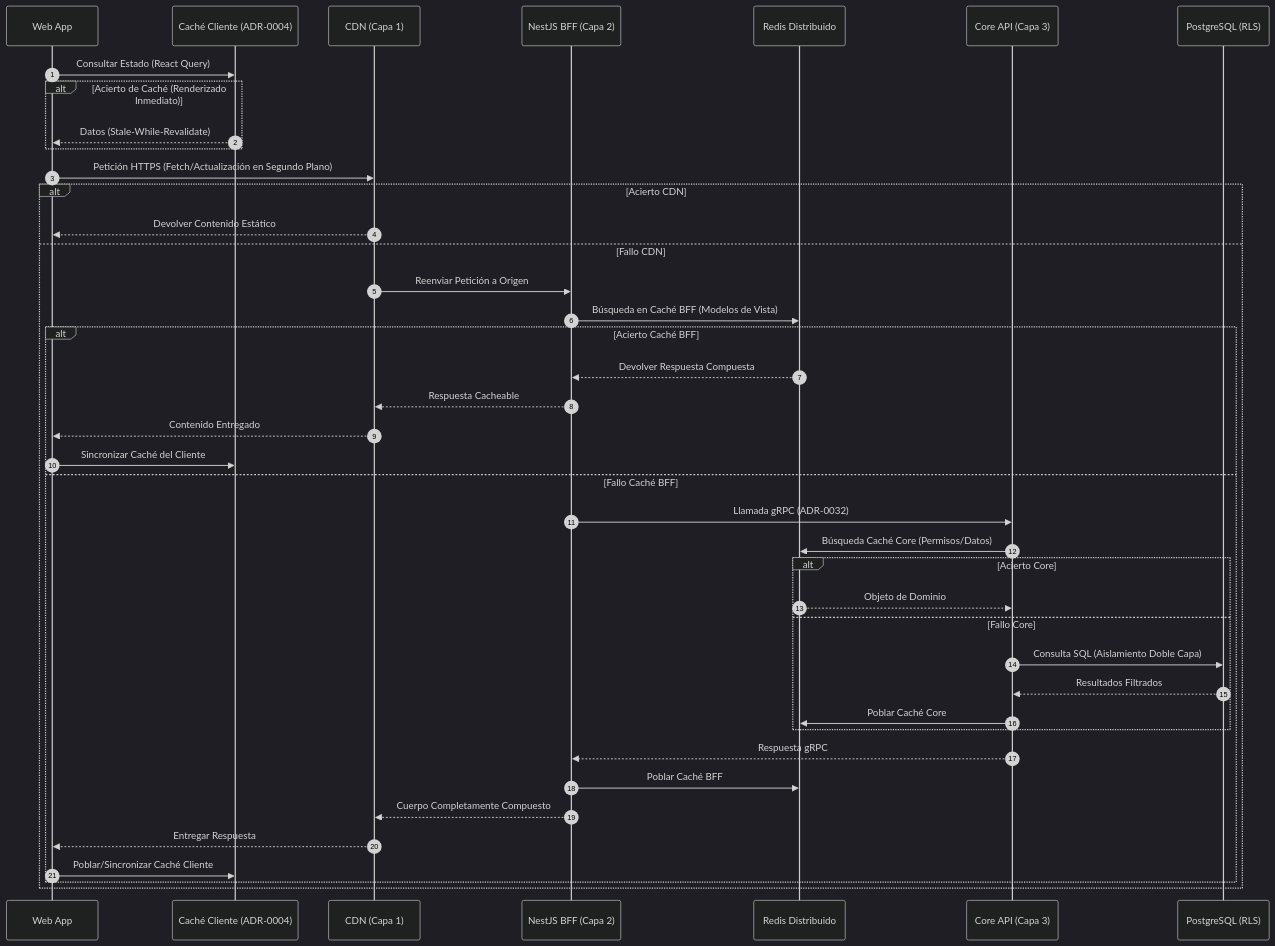
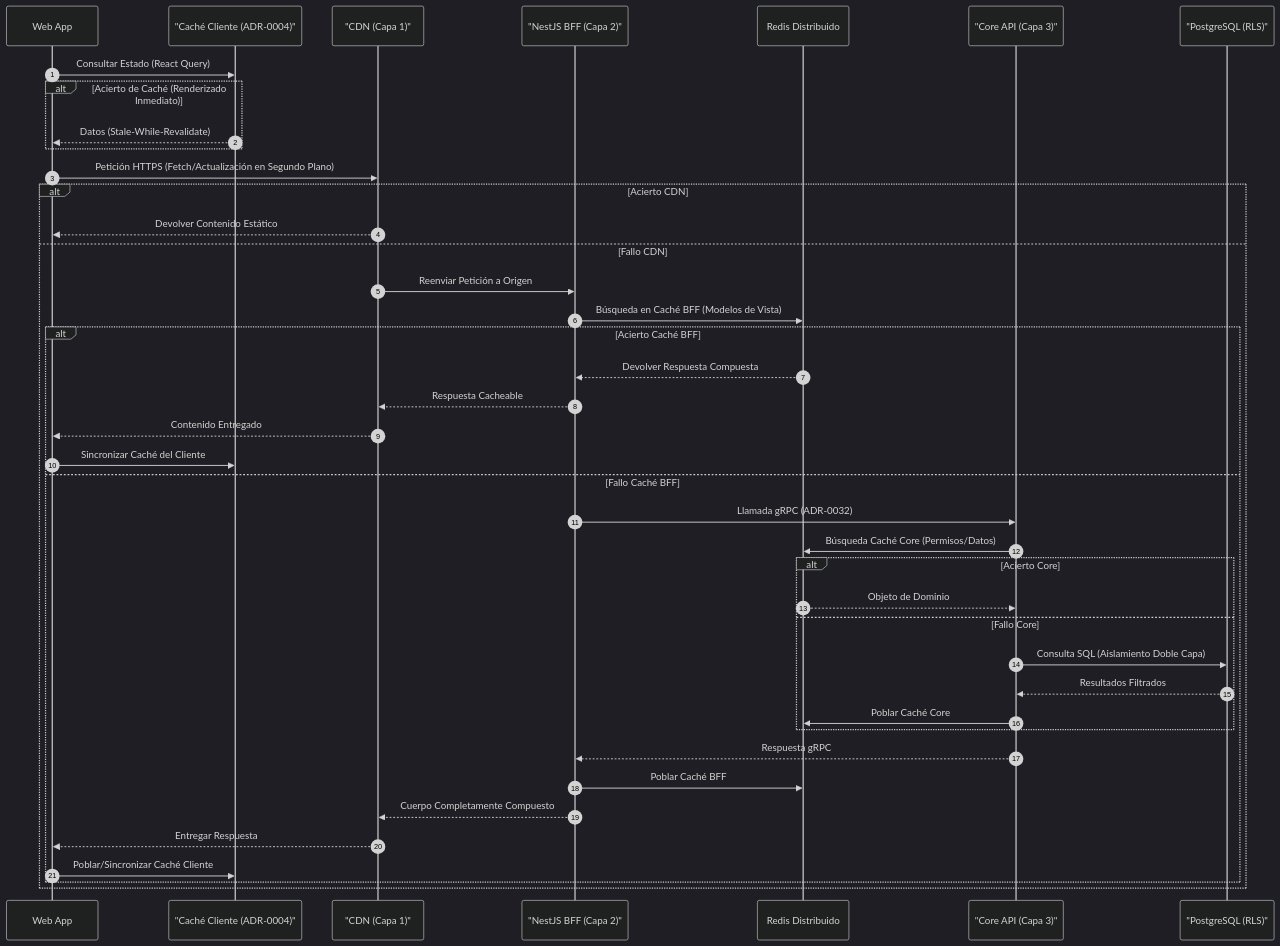
The third of 6 diagrams in reference/architecture/blueprints-es/reference-blueprint.md (beyondnetcode/arc32_nodejs_progresive_monolith), drawn with Mermaid (dark theme) before and after one commit. The commit also changed other lines of this file and 47 other files, not shown here.

Commit message:
docs: enforce markdown and diagram standards

````diff
--- a/reference/architecture/blueprints-es/reference-blueprint.md
+++ b/reference/architecture/blueprints-es/reference-blueprint.md
@@ -270,44 +270,44 @@
 ```mermaid
 sequenceDiagram
  autonumber
  participant C as Web App
- participant CL as Caché Cliente (ADR-0004)
- participant CDN as CDN (Capa 1)
- participant B as NestJS BFF (Capa 2)
+ participant CL as "Caché Cliente (ADR-0004)"
+ participant CDN as "CDN (Capa 1)"
+ participant B as "NestJS BFF (Capa 2)"
  participant R as Redis Distribuido
- participant A as Core API (Capa 3)
- participant D as PostgreSQL (RLS)
+ participant A as "Core API (Capa 3)"
+ participant D as "PostgreSQL (RLS)"
 
  C->>CL: Consultar Estado (React Query)
  alt Acierto de Caché (Renderizado Inmediato)
  CL-->>C: Datos (Stale-While-Revalidate)
  end
  C->>CDN: Petición HTTPS (Fetch/Actualización en Segundo Plano)
  alt Acierto CDN
  CDN-->>C: Devolver Contenido Estático
  else Fallo CDN
  CDN->>B: Reenviar Petición a Origen
  B->>R: Búsqueda en Caché BFF (Modelos de Vista)
  alt Acierto Caché BFF
  R-->>B: Devolver Respuesta Compuesta
  B-->>CDN: Respuesta Cacheable
  CDN-->>C: Contenido Entregado
  C->>CL: Sincronizar Caché del Cliente
  else Fallo Caché BFF
  B->>A: Llamada gRPC (ADR-0032)
  A->>R: Búsqueda Caché Core (Permisos/Datos)
  alt Acierto Core
  R-->>A: Objeto de Dominio
  else Fallo Core
  A->>D: Consulta SQL (Aislamiento Doble Capa)
  D-->>A: Resultados Filtrados
  A->>R: Poblar Caché Core
  end
  A-->>B: Respuesta gRPC
  B->>R: Poblar Caché BFF
  B-->>CDN: Cuerpo Completamente Compuesto
  CDN-->>C: Entregar Respuesta
  C->>CL: Poblar/Sincronizar Caché Cliente
  end
  end
 ```
````
